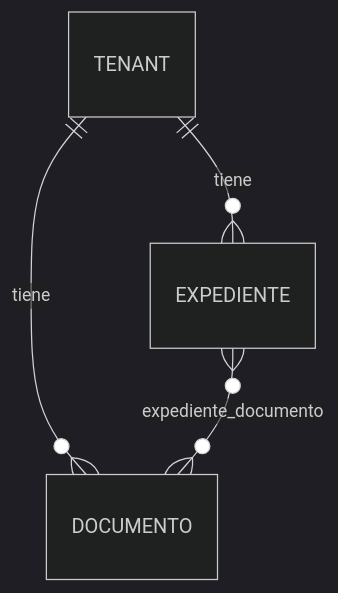
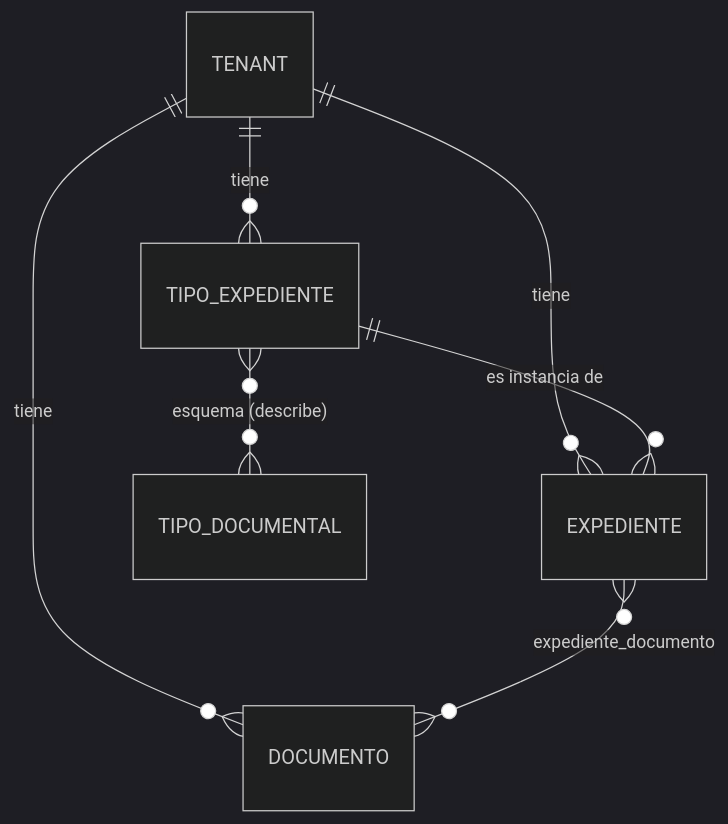
Before and after one commit to Moibe/nexus_back: the diagram in docs/modelo-entidades.md, drawn with Mermaid (dark theme). The commit also changed other lines of this file and 8 other files, not shown here.

````diff
--- a/docs/modelo-entidades.md
+++ b/docs/modelo-entidades.md
@@ -51,6 +68,9 @@
 ```mermaid
 erDiagram
+    TENANT ||--o{ TIPO_EXPEDIENTE : tiene
     TENANT ||--o{ EXPEDIENTE : tiene
     TENANT ||--o{ DOCUMENTO : tiene
+    TIPO_EXPEDIENTE ||--o{ EXPEDIENTE : "es instancia de"
+    TIPO_EXPEDIENTE }o--o{ TIPO_DOCUMENTAL : "esquema (describe)"
     EXPEDIENTE }o--o{ DOCUMENTO : "expediente_documento"
 ```
````
